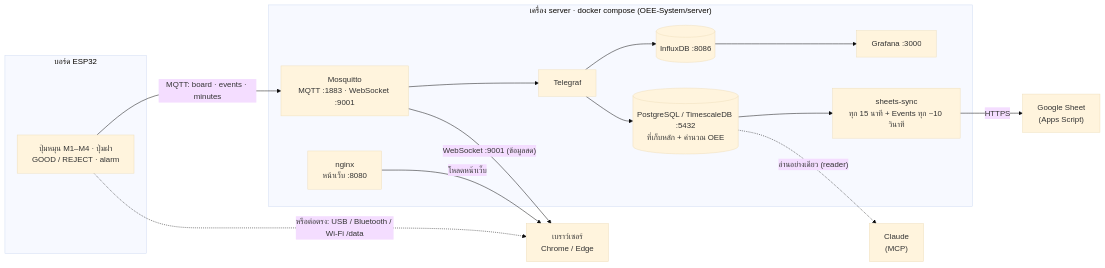
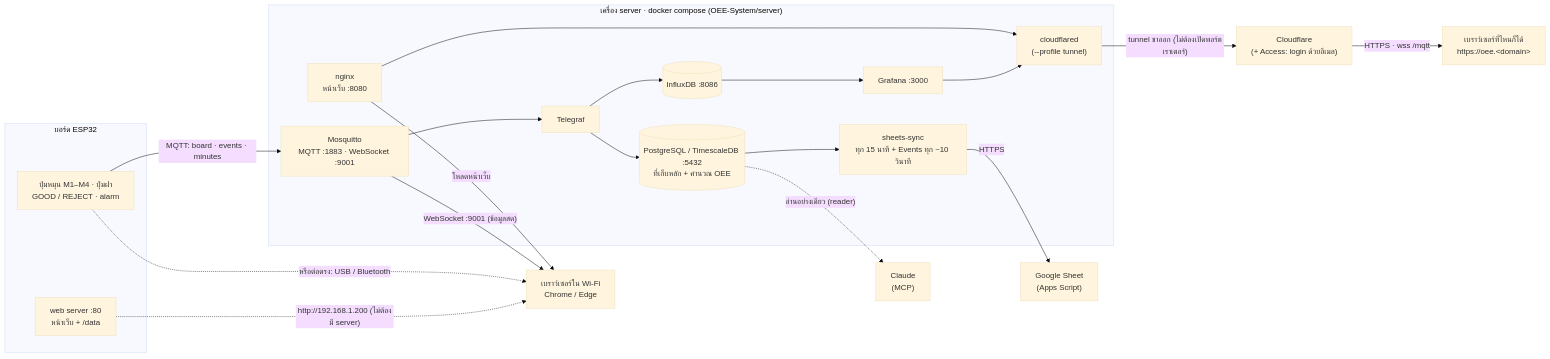
The diagram in README.md (tazriqq/Smart-Factory-G3), drawn with Mermaid (base theme) before and after one commit. The commit also changed other lines of this file and 8 other files, not shown here.

First line of the commit message:
Board serves the dashboard itself; Cloudflare Tunnel for access from anywhere

````diff
--- a/README.md
+++ b/README.md
@@ -5,32 +5,41 @@
 ```mermaid
 flowchart LR
     subgraph board["บอร์ด ESP32"]
         hw["ปุ่มหมุน M1–M4 · ปุ่มฝา<br/>GOOD / REJECT · alarm"]
+        bweb["web server :80<br/>หน้าเว็บ + /data"]
     end
 
     subgraph server["เครื่อง server · docker compose (OEE-System/server)"]
         mq["Mosquitto<br/>MQTT :1883 · WebSocket :9001"]
         web["nginx<br/>หน้าเว็บ :8080"]
         tg["Telegraf"]
         pg[("PostgreSQL / TimescaleDB :5432<br/>ที่เก็บหลัก + คำนวณ OEE")]
         ifx[("InfluxDB :8086")]
         gf["Grafana :3000"]
         ss["sheets-sync<br/>ทุก 15 นาที + Events ทุก ~10 วินาที"]
+        cf["cloudflared<br/>(--profile tunnel)"]
     end
 
-    browser["เบราว์เซอร์<br/>Chrome / Edge"]
+    browser["เบราว์เซอร์ใน Wi-Fi<br/>Chrome / Edge"]
+    remote["เบราว์เซอร์ที่ไหนก็ได้<br/>https://oee.&lt;domain&gt;"]
+    cloud["Cloudflare<br/>(+ Access: login ด้วยอีเมล)"]
     gs["Google Sheet<br/>(Apps Script)"]
     claude["Claude<br/>(MCP)"]
 
     hw -- "MQTT: board · events · minutes" --> mq
     mq --> tg
     tg --> pg
     tg --> ifx
     ifx --> gf
     pg --> ss
     ss -- HTTPS --> gs
     pg -. "อ่านอย่างเดียว (reader)" .-> claude
     web -- "โหลดหน้าเว็บ" --> browser
     mq -- "WebSocket :9001 (ข้อมูลสด)" --> browser
-    hw -. "หรือต่อตรง: USB / Bluetooth / Wi-Fi /data" .-> browser
+    hw -. "หรือต่อตรง: USB / Bluetooth" .-> browser
+    bweb -. "http://192.168.1.200 (ไม่ต้องมี server)" .-> browser
+    web --> cf
+    gf --> cf
+    cf -- "tunnel ขาออก (ไม่ต้องเปิดพอร์ตเราเตอร์)" --> cloud
+    cloud -- "HTTPS · wss /mqtt" --> remote
 ```
````
